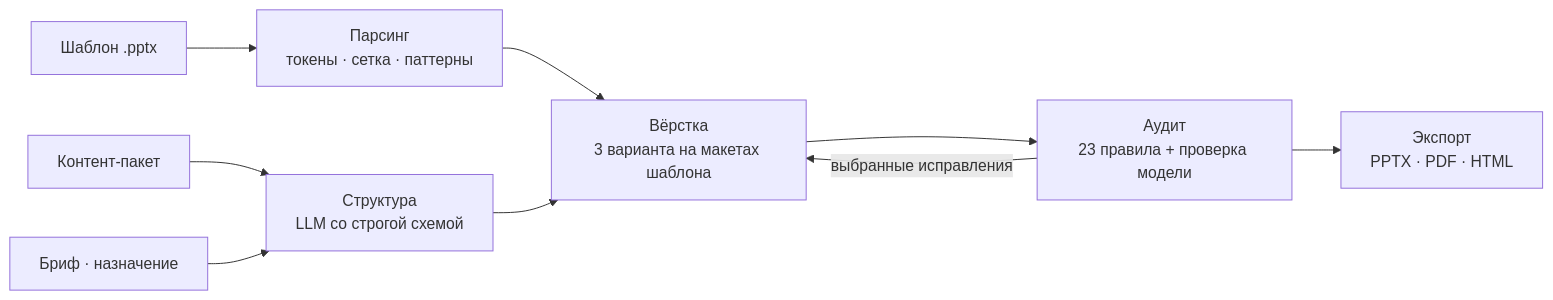
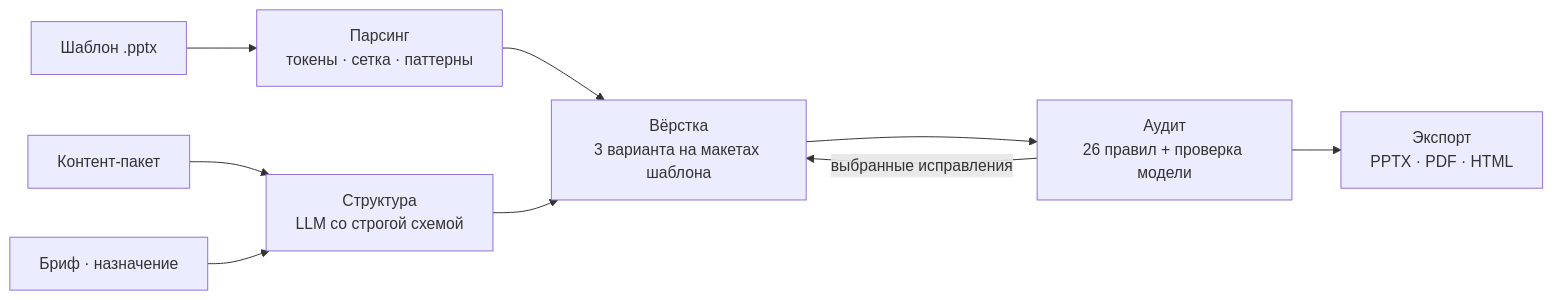
Before and after one commit to DiFoxenGit/-VKTechHackathon: the diagram in README.md, drawn with Mermaid. The commit also changed other lines of this file and 11 other files, not shown here.

````diff
--- a/README.md
+++ b/README.md
@@ -81,11 +81,11 @@
 ```mermaid
 flowchart LR
     T[Шаблон .pptx] --> P[Парсинг<br/>токены · сетка · паттерны]
     C[Контент-пакет] --> G
     B[Бриф · назначение] --> G[Структура<br/>LLM со строгой схемой]
     P --> L[Вёрстка<br/>3 варианта на макетах шаблона]
     G --> L
-    L --> A[Аудит<br/>23 правила + проверка модели]
+    L --> A[Аудит<br/>26 правил + проверка модели]
     A -->|выбранные исправления| L
     A --> E[Экспорт<br/>PPTX · PDF · HTML]
 ```
````
